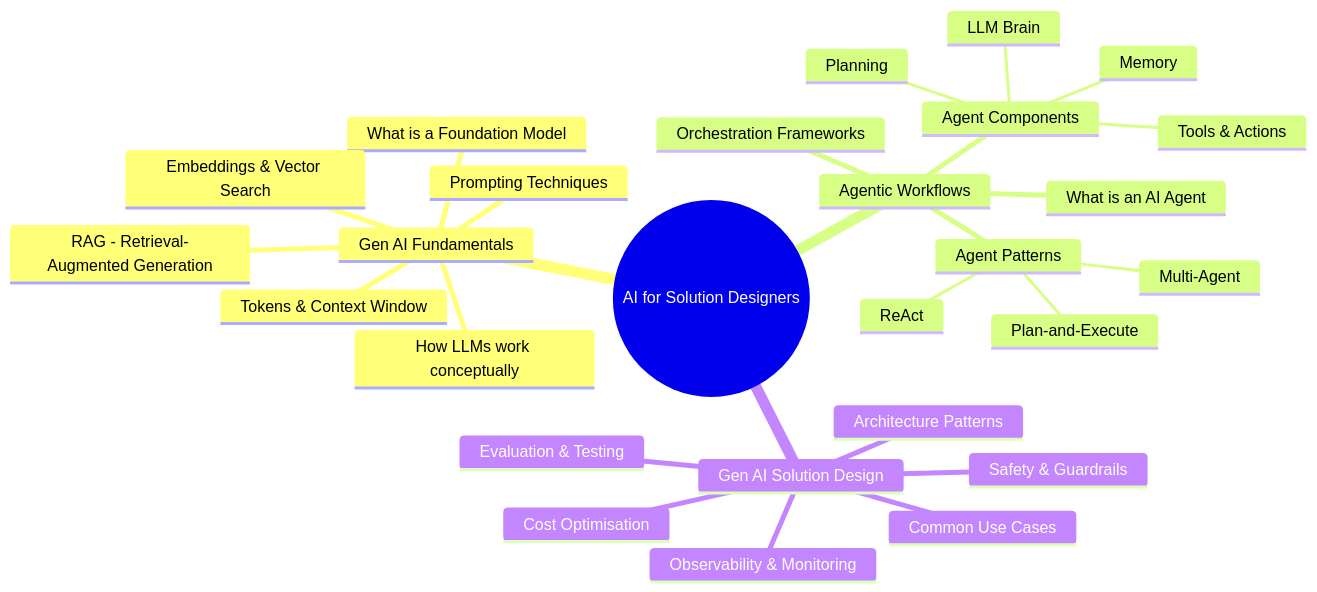
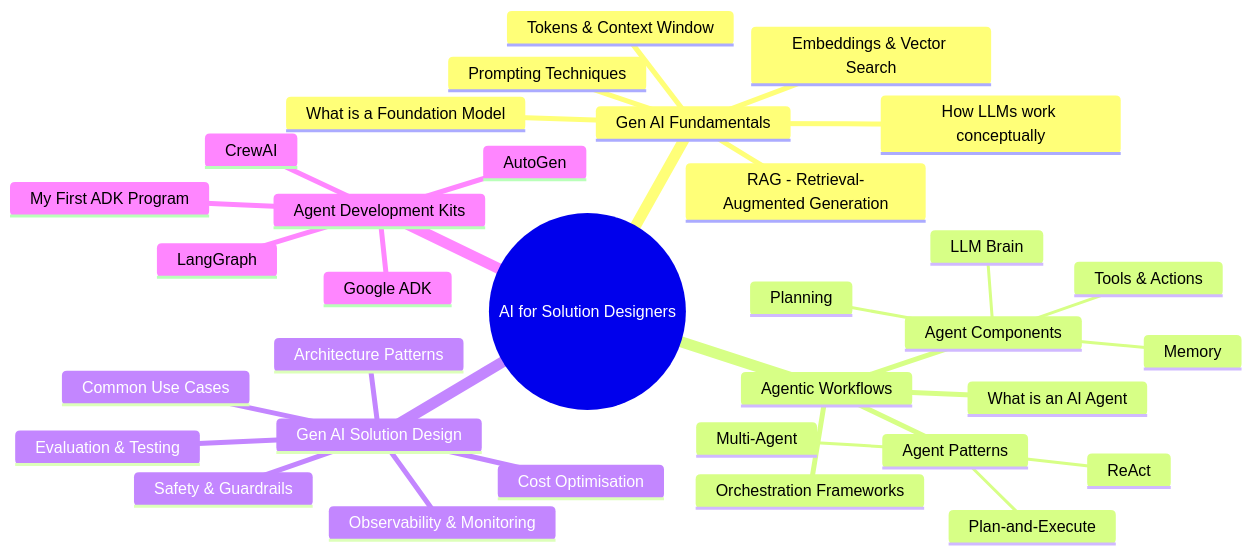
The first of 2 diagrams in artificial-intelligence/README.md (shasanka2710/tech-reference-guide), drawn with Mermaid before and after one commit. The commit also changed other lines of this file and 6 other files, not shown here.

````diff
--- a/artificial-intelligence/README.md
+++ b/artificial-intelligence/README.md
@@ -20,30 +21,36 @@
 ```mermaid
 mindmap
   root((AI for Solution Designers))
     Gen AI Fundamentals
       What is a Foundation Model
       How LLMs work conceptually
       Tokens & Context Window
       Prompting Techniques
       Embeddings & Vector Search
       RAG - Retrieval-Augmented Generation
     Agentic Workflows
       What is an AI Agent
       Agent Components
         LLM Brain
         Tools & Actions
         Memory
         Planning
       Agent Patterns
         ReAct
         Plan-and-Execute
         Multi-Agent
       Orchestration Frameworks
     Gen AI Solution Design
       Architecture Patterns
       Evaluation & Testing
       Safety & Guardrails
       Cost Optimisation
       Observability & Monitoring
       Common Use Cases
+    Agent Development Kits
+      Google ADK
+      LangGraph
+      AutoGen
+      CrewAI
+      My First ADK Program
 ```
````
